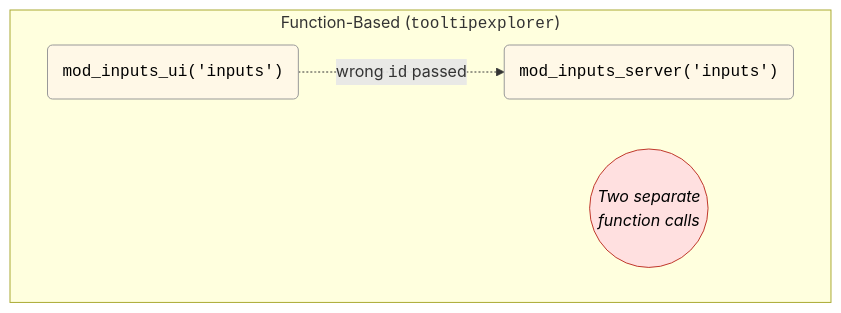
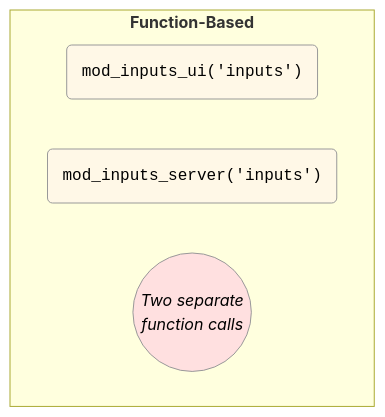
The first of 8 diagrams in posts/shiny-r6/index.qmd (mjfrigaard/mjfrigaard.github.io), drawn with Mermaid before and after one commit. The commit also changed other lines of this file and 23 other files, not shown here.

````diff
--- a/posts/shiny-r6/index.qmd
+++ b/posts/shiny-r6/index.qmd
@@ -196,22 +244,20 @@
 ```{mermaid}
 %%| eval: true
 %%| fig-align: 'center'
 %%| fig-caption: 'Module Architecture: Function-Based'
 %%| echo: false
 %%{init: {'theme': 'base', 'themeVariables': { 'fontFamily': 'monospace', "darkMode":true}}}}%%
 
 flowchart TD
-    subgraph FuncBased["Function-Based (<code>tooltipexplorer</code>)"]
+    subgraph FuncBased["<strong>Function-Based</strong>"]
         direction LR
         UICall("mod_inputs_ui('inputs')")
         ServerCall("mod_inputs_server('inputs')")
         Separate(("<em>Two separate<br/>function calls</em>"))
     end
-    
-    UICall -.->|"wrong <code>id</code> passed"| ServerCall
-    
+
     style UICall fill:#FFF8E7,color:#000000,stroke:#999,font-family:monospace
     style ServerCall fill:#FFF8E7,color:#000000,stroke:#999,font-family:monospace
-    style Separate fill:#FFE0E0,color:#000000,stroke:#c0392b
-    
+    style Separate fill:#FFE0E0,color:#000000,stroke:#999
+
 ```
````
